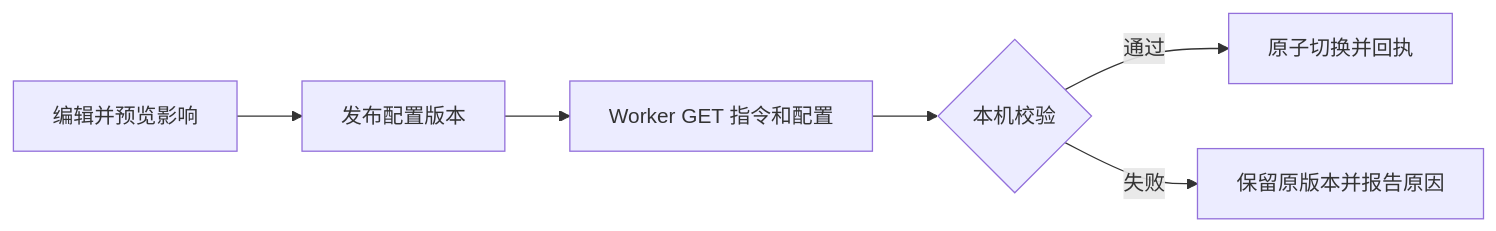
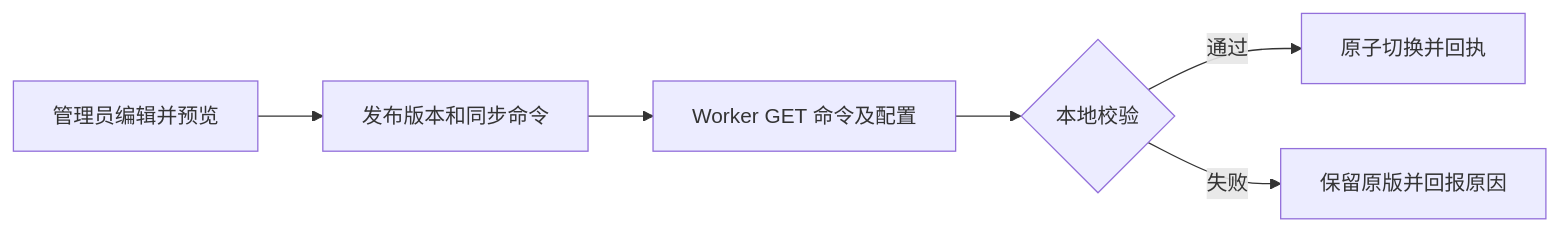
Before and after one commit to depeng1994/lite-actions: the third of 3 diagrams in control-center/docs/PRD.md, drawn with Mermaid. The commit also changed other lines of this file, not shown here.

````diff
--- a/control-center/docs/PRD.md
+++ b/control-center/docs/PRD.md
@@ -91,8 +90,8 @@
 ```mermaid
 flowchart LR
-    A[编辑并预览影响] --> B[发布配置版本]
-    B --> C[Worker GET 指令和配置]
-    C --> D{本机校验}
+    A[管理员编辑并预览] --> B[发布版本和同步命令]
+    B --> C[Worker GET 命令及配置]
+    C --> D{本地校验}
     D -->|通过| E[原子切换并回执]
-    D -->|失败| F[保留原版本并报告原因]
+    D -->|失败| F[保留原版并回报原因]
 ```
````
